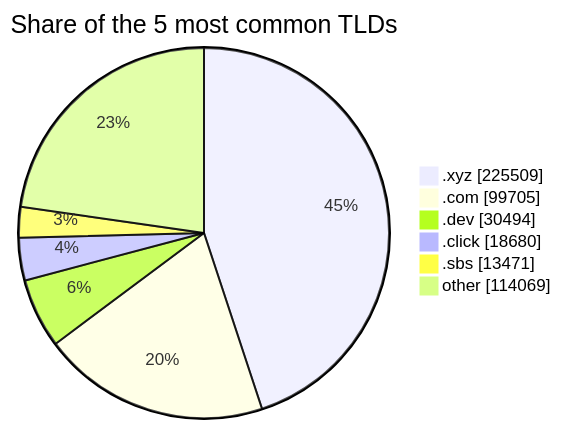
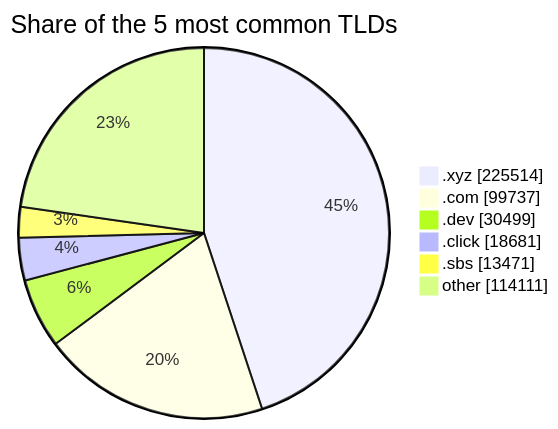
One commit to DNSBunker/CTI changed the third of 3 diagrams in README.md. Above: the diagram before and after it, drawn with Mermaid. The commit also changed other lines of this file and 3 other files, not shown here.

````diff
--- a/README.md
+++ b/README.md
@@ -81,9 +81,9 @@
 ```mermaid
 pie showData title Share of the 5 most common TLDs
-    ".xyz" : 225509
-    ".com" : 99705
-    ".dev" : 30494
-    ".click" : 18680
+    ".xyz" : 225514
+    ".com" : 99737
+    ".dev" : 30499
+    ".click" : 18681
     ".sbs" : 13471
-    "other" : 114069
+    "other" : 114111
 ```
````
